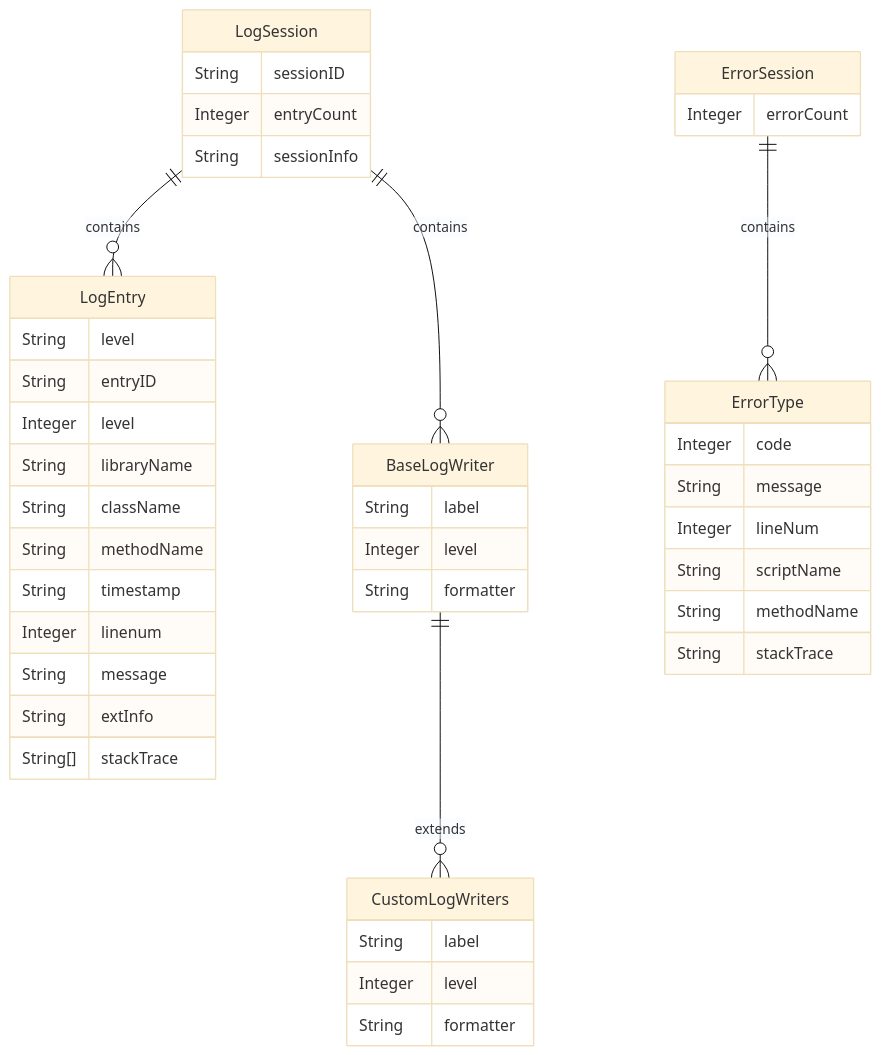
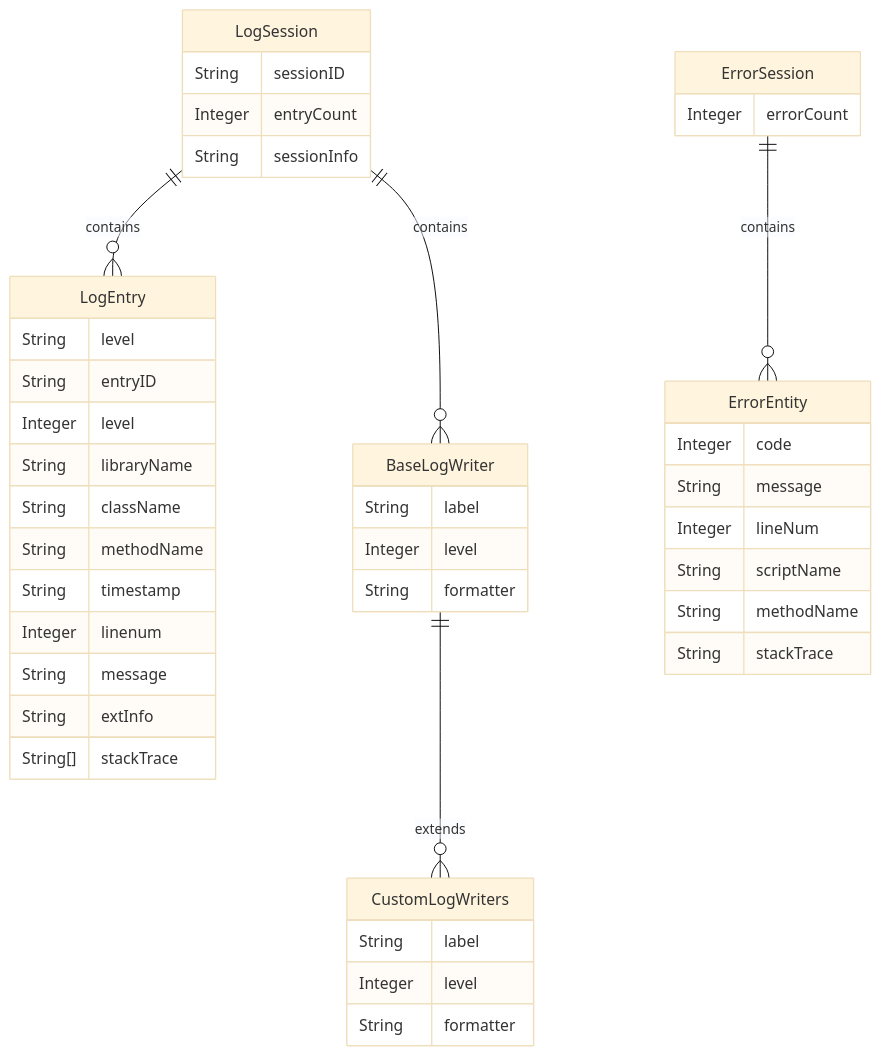
Before and after one commit to HCL-TECH-SOFTWARE/voltscript-logging: the first of 4 diagrams in docs/topicguides/approach.md, drawn with Mermaid (base theme). The commit also changed other lines of this file and 33 other files, not shown here.

````diff
--- a/docs/topicguides/approach.md
+++ b/docs/topicguides/approach.md
@@ -11,46 +11,46 @@
 ``` mermaid
 erDiagram
     LogSession ||--o{ LogEntry : contains
     LogSession ||--o{ BaseLogWriter : contains
     BaseLogWriter ||--o{ CustomLogWriters : extends
     LogSession {
         String sessionID
         Integer entryCount
         String sessionInfo
     }
     LogEntry {
         String level
         String entryID
         Integer level
         String libraryName
         String className
         String methodName
         String timestamp
         Integer linenum
         String message
         String extInfo
         String[] stackTrace
     }
     BaseLogWriter {
         String label
         Integer level
         String formatter
     }
     CustomLogWriters {
         String label
         Integer level
         String formatter
     }
-    ErrorSession ||--o{ ErrorType : contains
+    ErrorSession ||--o{ ErrorEntity : contains
     ErrorSession {
         Integer errorCount
     }
-    ErrorType {
+    ErrorEntity {
         Integer code
         String message
         Integer lineNum
         String scriptName
         String methodName
         String stackTrace
     }
 ```
````
